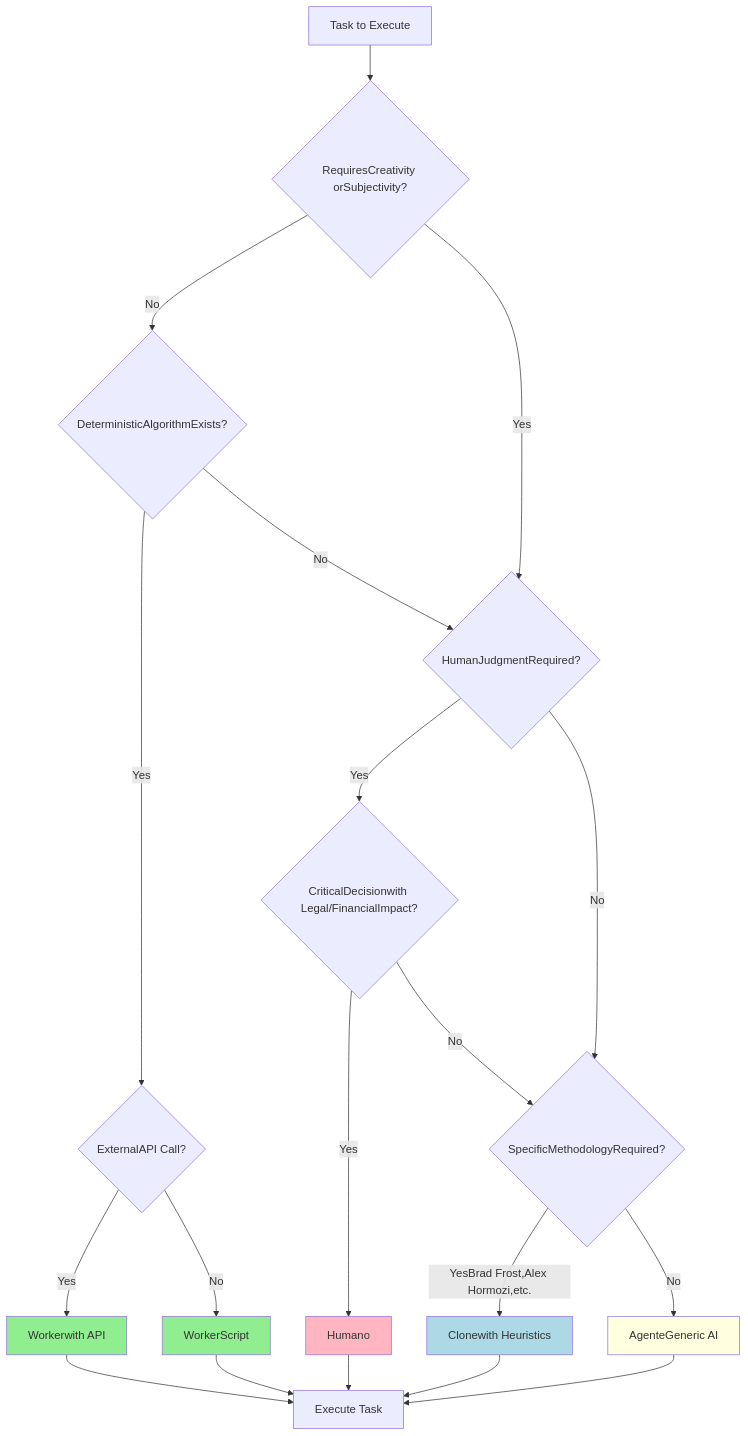
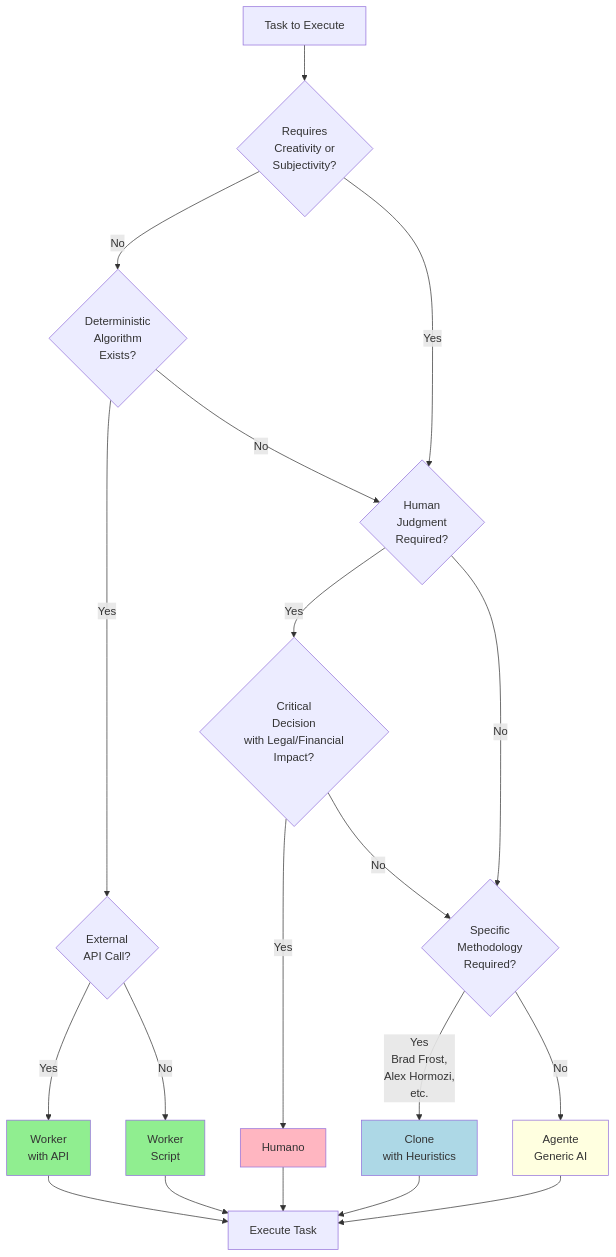
One commit to bychrisr/aios-docs changed the diagram in content/pt-BR/docs/standards/EXECUTOR-DECISION-TREE.mdx. Above: the diagram before and after it, drawn with Mermaid. The commit also changed other lines of this file and 20 other files, not shown here.

````diff
--- a/content/pt-BR/docs/standards/EXECUTOR-DECISION-TREE.mdx
+++ b/content/pt-BR/docs/standards/EXECUTOR-DECISION-TREE.mdx
@@ -112,34 +112,34 @@
 ```mermaid
 graph TD
-    Start[Task to Execute] --> Q1{RequiresCreativity orSubjectivity?}
+    Start[Task to Execute] --> Q1{Requires<br/>Creativity or<br/>Subjectivity?}
     
-    Q1 -->|No| Q2{DeterministicAlgorithmExists?}
-    Q1 -->|Yes| Q3{HumanJudgmentRequired?}
+    Q1 -->|No| Q2{Deterministic<br/>Algorithm<br/>Exists?}
+    Q1 -->|Yes| Q3{Human<br/>Judgment<br/>Required?}
     
-    Q2 -->|Yes| Q4{ExternalAPI Call?}
+    Q2 -->|Yes| Q4{External<br/>API Call?}
     Q2 -->|No| Q3
     
-    Q3 -->|Yes| Q5{CriticalDecisionwith Legal/FinancialImpact?}
-    Q3 -->|No| Q6{SpecificMethodologyRequired?}
+    Q3 -->|Yes| Q5{Critical<br/>Decision<br/>with Legal/Financial<br/>Impact?}
+    Q3 -->|No| Q6{Specific<br/>Methodology<br/>Required?}
     
-    Q4 -->|Yes| Worker[Workerwith API]
-    Q4 -->|No| Worker2[WorkerScript]
+    Q4 -->|Yes| Worker[Worker<br/>with API]
+    Q4 -->|No| Worker2[Worker<br/>Script]
     
     Q5 -->|Yes| Humano[Humano]
     Q5 -->|No| Q6
     
-    Q6 -->|YesBrad Frost,Alex Hormozi,etc.| Clone[Clonewith Heuristics]
-    Q6 -->|No| Agente[AgenteGeneric AI]
+    Q6 -->|Yes<br/>Brad Frost,<br/>Alex Hormozi,<br/>etc.| Clone[Clone<br/>with Heuristics]
+    Q6 -->|No| Agente[Agente<br/>Generic AI]
     
     Worker --> End[Execute Task]
     Worker2 --> End
     Humano --> End
     Clone --> End
     Agente --> End
     
     style Worker fill:#90EE90
     style Worker2 fill:#90EE90
     style Humano fill:#FFB6C1
     style Clone fill:#ADD8E6
     style Agente fill:#FFFFE0
 ```
````
